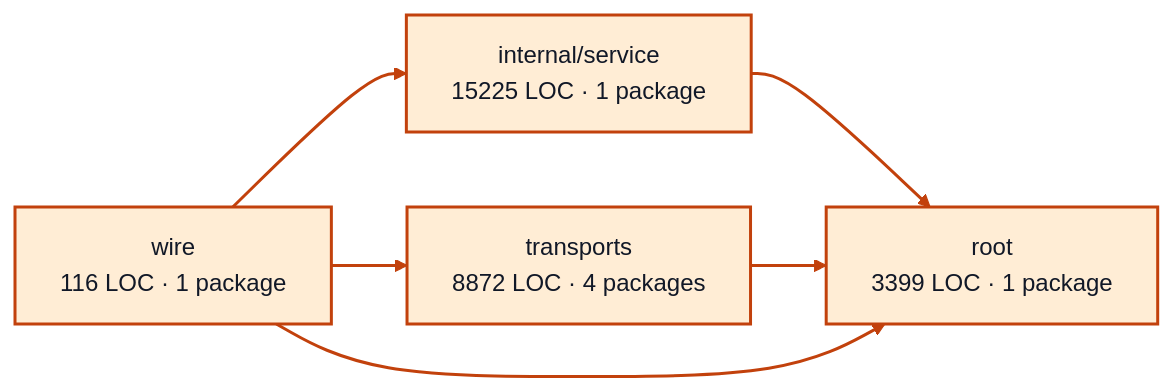
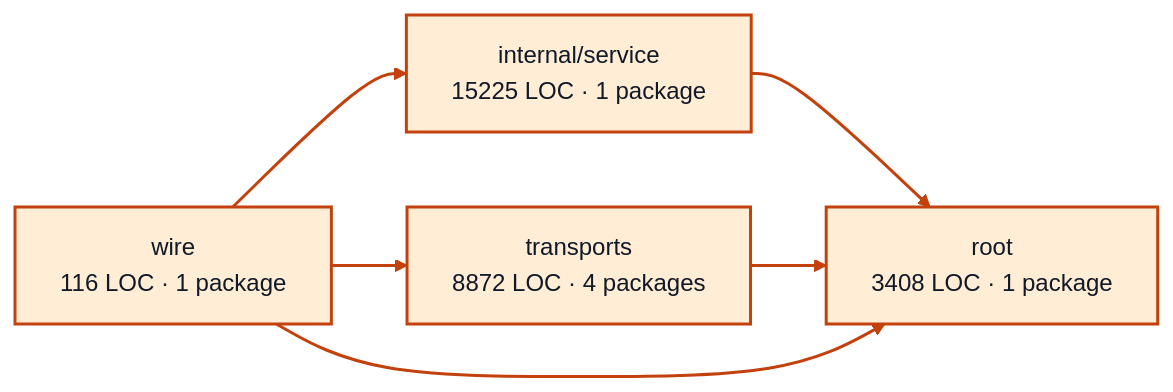
One commit to portpowered/you-agent-factory changed the diagram in docs/architecture/visualizations/services/worker_sessions.md. Above: the diagram before and after it, drawn with Mermaid. The commit also changed other lines of this file and 21 other files, not shown here.

Commit message:
docs: refresh backend architecture visualizations

````diff
--- a/docs/architecture/visualizations/services/worker_sessions.md
+++ b/docs/architecture/visualizations/services/worker_sessions.md
@@ -11,17 +11,17 @@
 ```mermaid
 flowchart LR
   p0["internal/service<br/>15225 LOC · 1 package"]
-  p1["root<br/>3399 LOC · 1 package"]
+  p1["root<br/>3408 LOC · 1 package"]
   p2["transports<br/>8872 LOC · 4 packages"]
   p3["wire<br/>116 LOC · 1 package"]
   p0 --> p1
   p2 --> p1
   p3 --> p0
   p3 --> p1
   p3 --> p2
   style p0 fill:#ffedd5,stroke:#c2410c,stroke-width:2px,color:#111827
   style p1 fill:#ffedd5,stroke:#c2410c,stroke-width:2px,color:#111827
   style p2 fill:#ffedd5,stroke:#c2410c,stroke-width:2px,color:#111827
   style p3 fill:#ffedd5,stroke:#c2410c,stroke-width:2px,color:#111827
   linkStyle default stroke:#c2410c,stroke-width:2px
 ```
````
